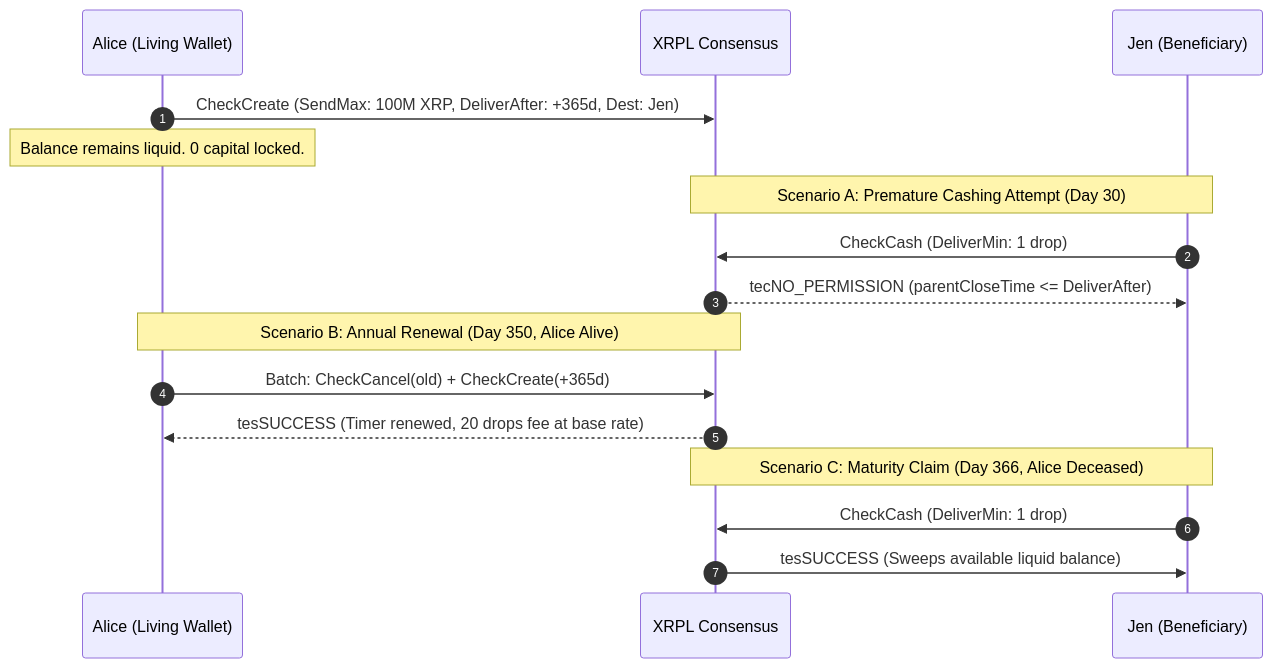
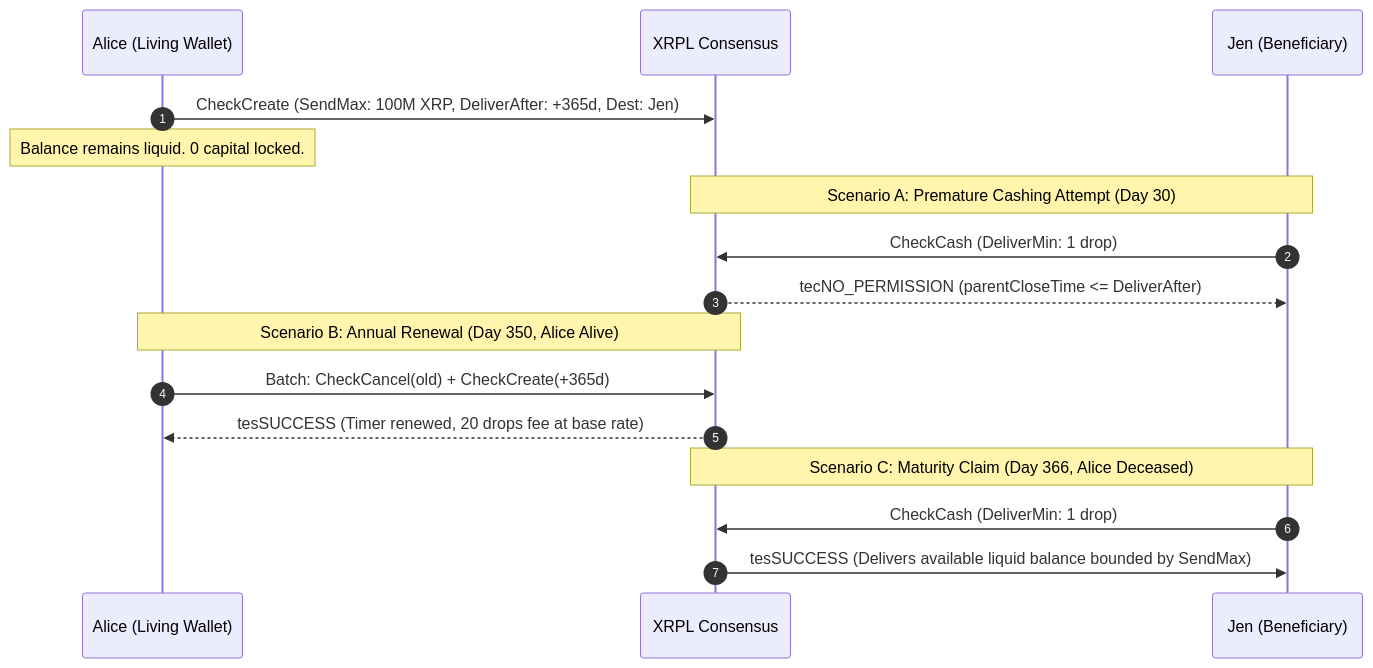
Before and after one commit to XRPLF/XRPL-Standards: the diagram in XLS-draft-post-dated-checks/README.md, drawn with Mermaid. The commit also changed other lines of this file, not shown here.

````diff
--- a/XLS-draft-post-dated-checks/README.md
+++ b/XLS-draft-post-dated-checks/README.md
@@ -170,22 +187,22 @@
 ```mermaid
 sequenceDiagram
     autonumber
     participant Alice as Alice (Living Wallet)
     participant Ledger as XRPL Consensus
     participant Jen as Jen (Beneficiary)
 
     Alice->>Ledger: CheckCreate (SendMax: 100M XRP, DeliverAfter: +365d, Dest: Jen)
     Note over Alice: Balance remains liquid. 0 capital locked.
 
     Note over Ledger,Jen: Scenario A: Premature Cashing Attempt (Day 30)
     Jen->>Ledger: CheckCash (DeliverMin: 1 drop)
     Ledger-->>Jen: tecNO_PERMISSION (parentCloseTime <= DeliverAfter)
 
     Note over Alice,Ledger: Scenario B: Annual Renewal (Day 350, Alice Alive)
     Alice->>Ledger: Batch: CheckCancel(old) + CheckCreate(+365d)
     Ledger-->>Alice: tesSUCCESS (Timer renewed, 20 drops fee at base rate)
 
     Note over Ledger,Jen: Scenario C: Maturity Claim (Day 366, Alice Deceased)
     Jen->>Ledger: CheckCash (DeliverMin: 1 drop)
-    Ledger->>Jen: tesSUCCESS (Sweeps available liquid balance)
+    Ledger->>Jen: tesSUCCESS (Delivers available liquid balance bounded by SendMax)
 ```
````
